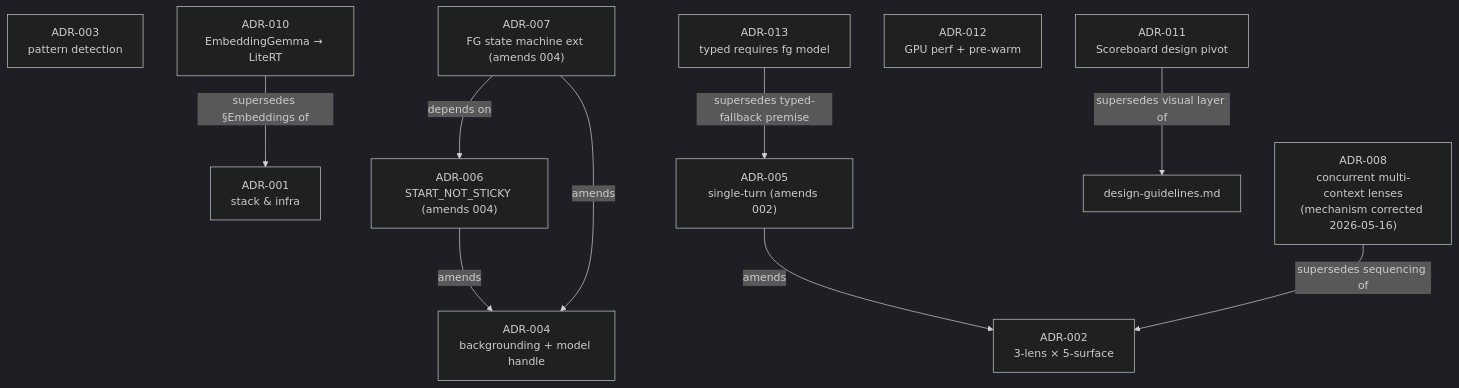
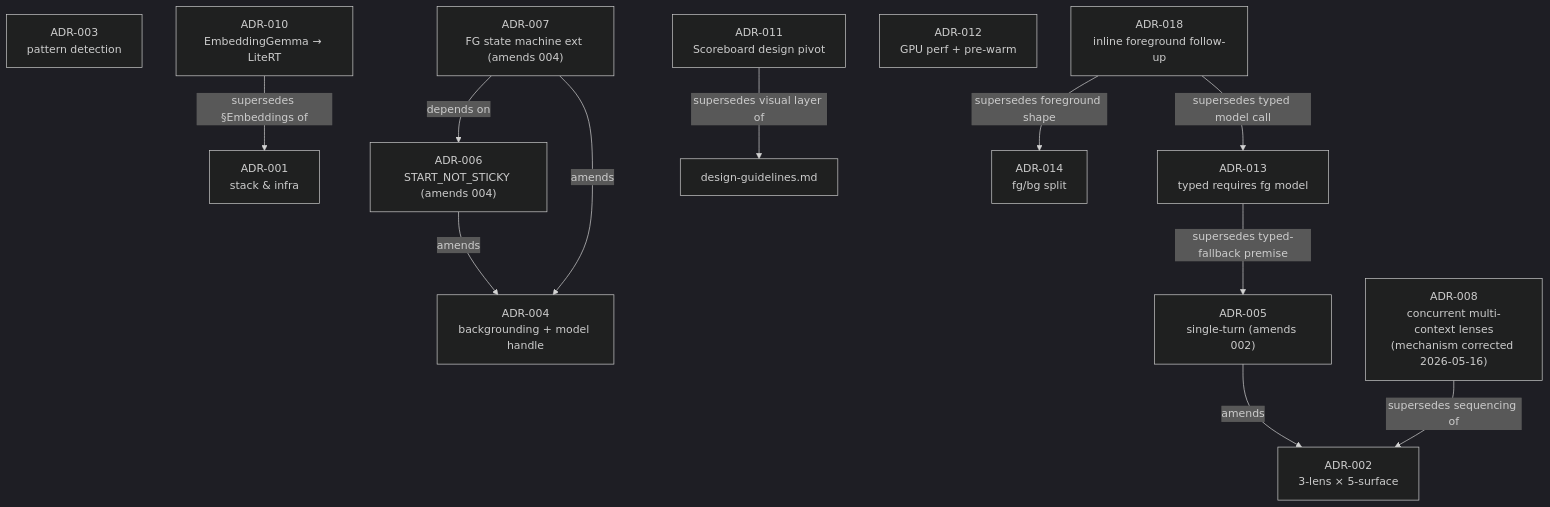
Before and after one commit to anchildress1/vestige: the first of 6 diagrams in docs/diagrams/adr-decisions.md, drawn with Mermaid (dark theme). The commit also changed other lines of this file and 39 other files, not shown here.

````diff
--- a/docs/diagrams/adr-decisions.md
+++ b/docs/diagrams/adr-decisions.md
@@ -12,27 +12,30 @@
 ```mermaid
 flowchart TD
     accTitle: ADR supersession and amendment relationships
-    accDescr: ADR-006 and ADR-007 amend ADR-004. ADR-005 amends ADR-002. ADR-008 supersedes ADR-002's sequencing with concurrent multi-context; its mechanism was corrected 2026-05-16 (Engine.createSession/createConversation, not Session.clone); v1 ships sequential pending measurement. The interim ADR-009 was deleted as a mistake and is not in the graph. ADR-010 supersedes ADR-001's embeddings section. ADR-011 supersedes the design-guidelines visual layer only. ADR-013 supersedes the model-free typed-fallback premise.
+    accDescr: ADR-006 and ADR-007 amend ADR-004. ADR-005 amends ADR-002. ADR-008 supersedes ADR-002's sequencing with concurrent multi-context; its mechanism was corrected 2026-05-16 (Engine.createSession/createConversation, not Session.clone); v1 ships sequential pending measurement. The interim ADR-009 was deleted as a mistake and is not in the graph. ADR-010 supersedes ADR-001's embeddings section. ADR-011 supersedes the design-guidelines visual layer only. ADR-013 supersedes the model-free typed-fallback premise. ADR-018 keeps voice follow-up inline with the foreground transcription call.
 
     A001["ADR-001<br/>stack & infra"]
     A002["ADR-002<br/>3-lens × 5-surface"]
     A003["ADR-003<br/>pattern detection"]
     A004["ADR-004<br/>backgrounding + model handle"]
     A005["ADR-005<br/>single-turn (amends 002)"]
     A006["ADR-006<br/>START_NOT_STICKY (amends 004)"]
     A007["ADR-007<br/>FG state machine ext (amends 004)"]
     A008["ADR-008<br/>concurrent multi-context lenses<br/>(mechanism corrected 2026-05-16)"]
     A010["ADR-010<br/>EmbeddingGemma → LiteRT"]
     A011["ADR-011<br/>Scoreboard design pivot"]
     A012["ADR-012<br/>GPU perf + pre-warm"]
     A013["ADR-013<br/>typed requires fg model"]
+    A018["ADR-018<br/>inline foreground follow-up"]
 
     A005 -- amends --> A002
     A006 -- amends --> A004
     A007 -- amends --> A004
     A007 -- depends on --> A006
     A008 -- supersedes sequencing of --> A002
     A010 -- supersedes §Embeddings of --> A001
     A011 -- supersedes visual layer of --> Design["design-guidelines.md"]
     A013 -- supersedes typed-fallback premise --> A005
+    A018 -- supersedes foreground shape --> A014["ADR-014<br/>fg/bg split"]
+    A018 -- supersedes typed model call --> A013
 ```
````
